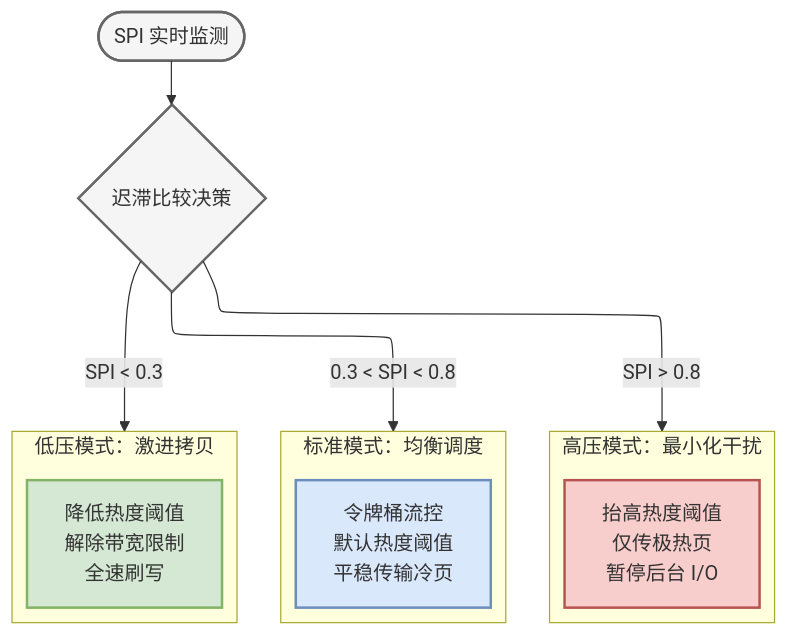
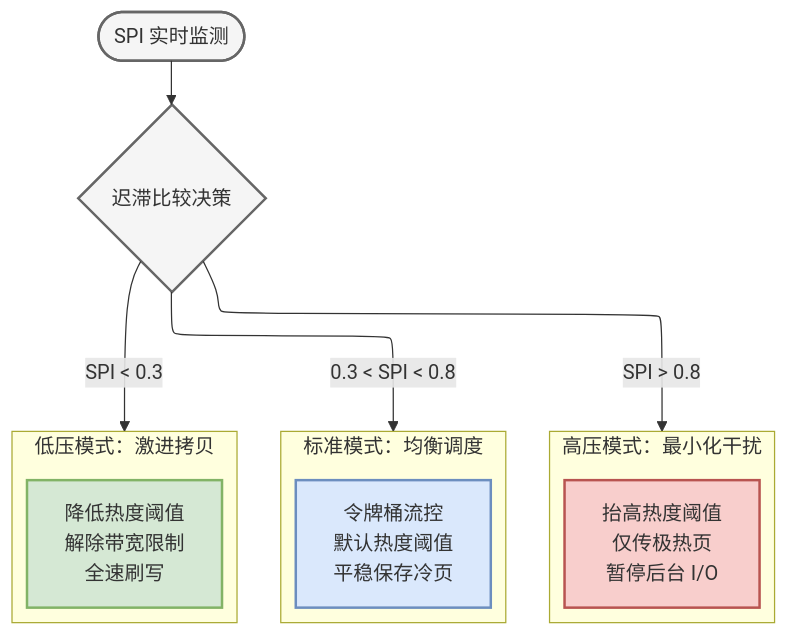
Before and after one commit to Soul-of-Sky/lunwen: the diagram in figures/spi.mmd, drawn with Mermaid. The commit also changed 19 other files, not shown here.

```diff
--- a/figures/spi.mmd
+++ b/figures/spi.mmd
@@ -1,34 +1,34 @@
 ---
 config:
   layout: elk
 ---
 flowchart TB
  subgraph High["高压模式：最小化干扰"]
     direction TB
         H_Action["抬高热度阈值<br>仅传极热页<br>暂停后台 I/O"]
   end
  subgraph Standard["标准模式：均衡调度"]
     direction TB
-        S_Action["令牌桶流控<br>默认热度阈值<br>平稳传输冷页"]
+        S_Action["令牌桶流控<br>默认热度阈值<br>平稳保存冷页"]
   end
  subgraph Low["低压模式：激进拷贝"]
     direction TB
         L_Action["降低热度阈值<br>解除带宽限制<br>全速刷写"]
   end
     Input(["SPI 实时监测"]) --> Decision{"迟滞比较决策"}
     Decision -- "SPI > 0.8" --> High
     Decision -- "0.3 &lt; SPI &lt; 0.8" --> Standard
     Decision -- "SPI &lt; 0.3" --> Low
 
      H_Action:::highMode
      S_Action:::stdMode
      L_Action:::lowMode
      Input:::logicNode
      Decision:::logicNode
     classDef highMode fill:#f8cecc,stroke:#b85450,stroke-width:2px,color:#333
     classDef stdMode fill:#dae8fc,stroke:#6c8ebf,stroke-width:2px,color:#333
     classDef lowMode fill:#d5e8d4,stroke:#82b366,stroke-width:2px,color:#333
     classDef logicNode fill:#f5f5f5,stroke:#666,stroke-width:2px,stroke-dasharray: 5 5,color:#333
     classDef invisible fill:none,stroke:none
     style Input stroke-width:2px,stroke-dasharray: 0
     style Decision stroke-width:2px,stroke-dasharray: 0
```
